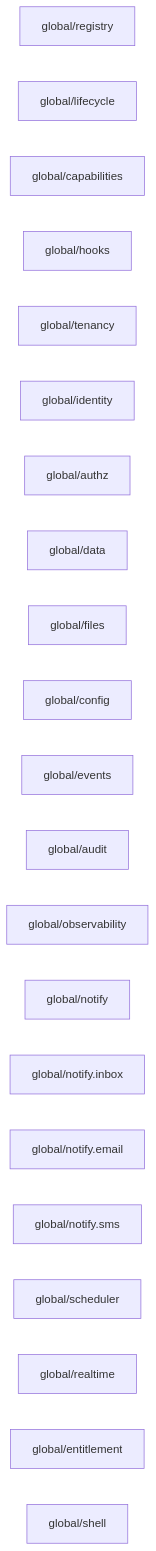
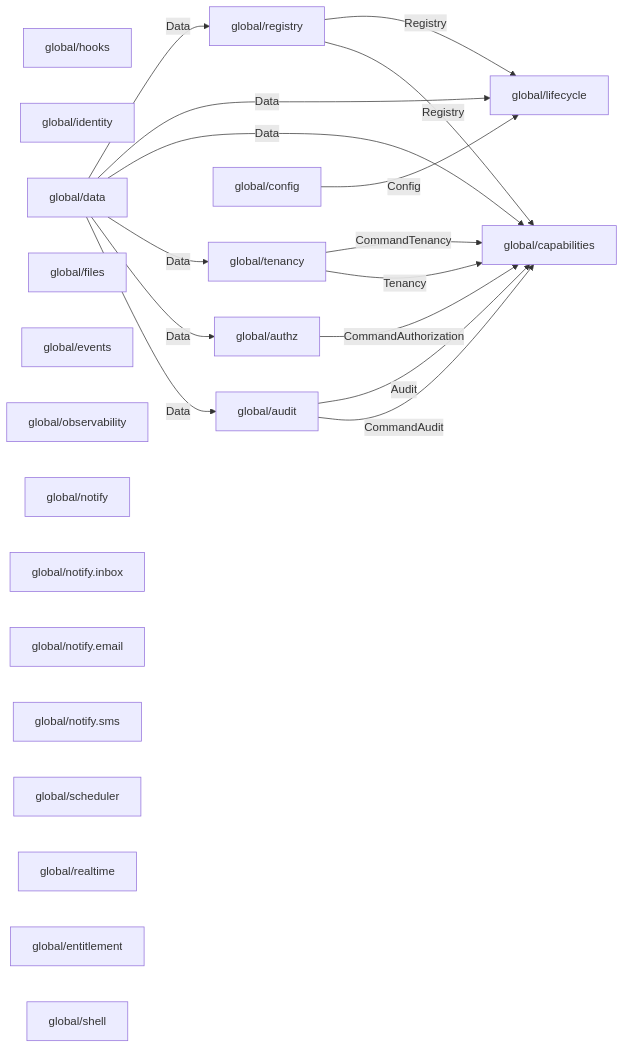
The diagram in docs/generated/module-graph.md (idadawn/qian), drawn with Mermaid before and after one commit. The commit also changed other lines of this file and 153 other files, not shown here.

````diff
--- a/docs/generated/module-graph.md
+++ b/docs/generated/module-graph.md
@@ -33,24 +33,38 @@
 ```mermaid
 flowchart LR
   n0["global/registry"]
   n1["global/lifecycle"]
   n2["global/capabilities"]
   n3["global/hooks"]
   n4["global/tenancy"]
   n5["global/identity"]
   n6["global/authz"]
   n7["global/data"]
   n8["global/files"]
   n9["global/config"]
   n10["global/events"]
   n11["global/audit"]
   n12["global/observability"]
   n13["global/notify"]
   n14["global/notify.inbox"]
   n15["global/notify.email"]
   n16["global/notify.sms"]
   n17["global/scheduler"]
   n18["global/realtime"]
   n19["global/entitlement"]
   n20["global/shell"]
+  n7 -->|"Data"| n0
+  n9 -->|"Config"| n1
+  n7 -->|"Data"| n1
+  n0 -->|"Registry"| n1
+  n11 -->|"Audit"| n2
+  n11 -->|"CommandAudit"| n2
+  n6 -->|"CommandAuthorization"| n2
+  n4 -->|"CommandTenancy"| n2
+  n7 -->|"Data"| n2
+  n0 -->|"Registry"| n2
+  n4 -->|"Tenancy"| n2
+  n7 -->|"Data"| n4
+  n7 -->|"Data"| n6
+  n7 -->|"Data"| n11
 ```
````
